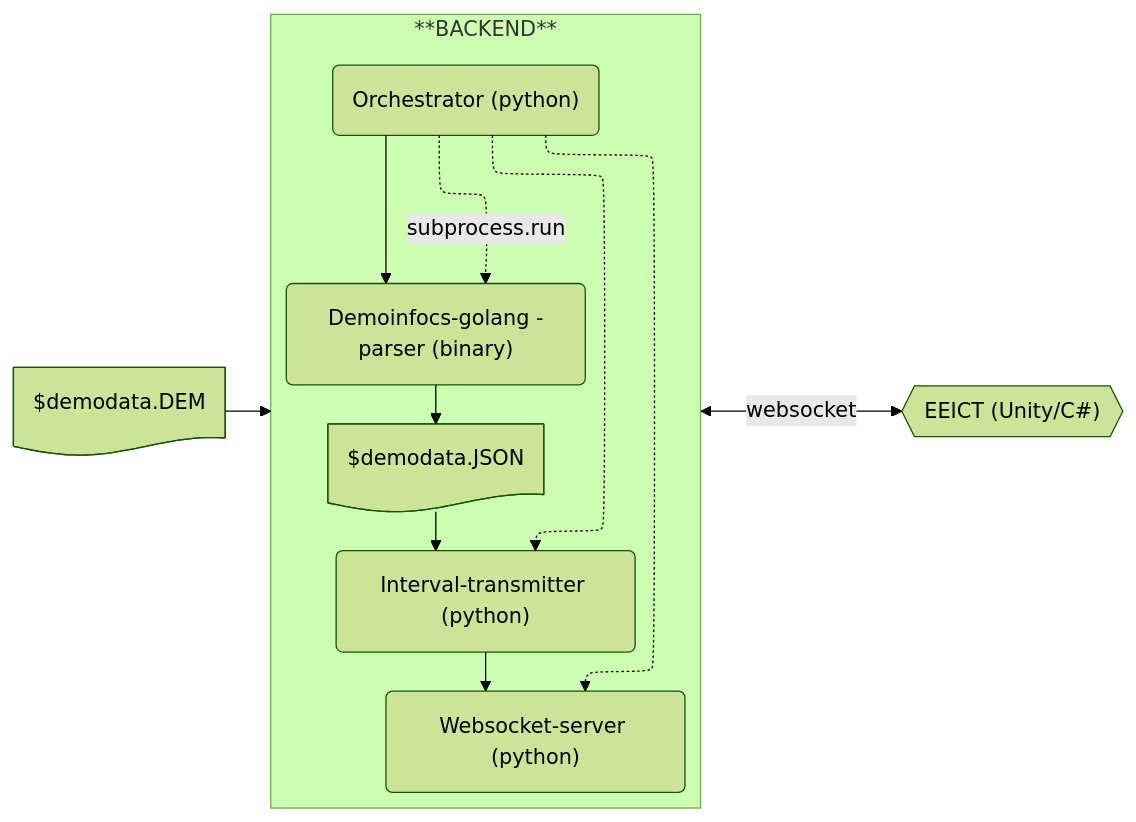
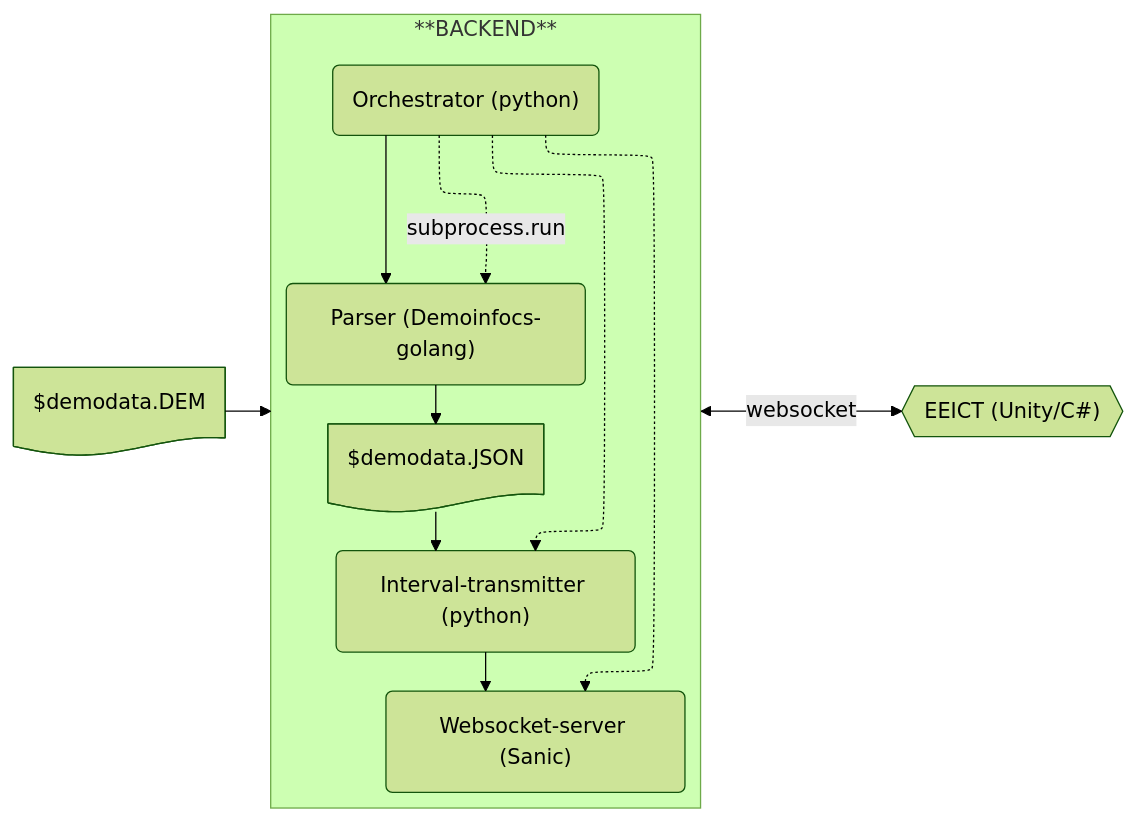
The diagram in tekninen_suunnittelu/backend/cs2-demodata_to_eeict.md (ohtuprojekti-Elisa/suunnitteludokumentaatio), drawn with Mermaid (forest theme) before and after one commit. The commit also changed other lines of this file, not shown here.

````diff
--- a/tekninen_suunnittelu/backend/cs2-demodata_to_eeict.md
+++ b/tekninen_suunnittelu/backend/cs2-demodata_to_eeict.md
@@ -6,29 +6,29 @@
 ```mermaid
 
 %%{init: {"flowchart": {"defaultRenderer": "elk"}} }%%
 
 flowchart LR
 
     A@{ shape: doc, label: "$demodata.DEM"}
     A --> bck
 
     subgraph bck [**BACKEND**]
         orch("Orchestrator (python)")
         orch -."subprocess.run".-> B
         orch --> B
         orch -.-> D
         orch -.-> E
         direction TB
-        B("Demoinfocs-golang -parser (binary)")
+        B("Parser (Demoinfocs-golang)")
         B --> C
         C@{ shape: doc, label: "$demodata.JSON"}
         C --> D
         D("Interval-transmitter (python)") 
         D --> E
     end
 
-    E("Websocket-server (python)")
+    E("Websocket-server (Sanic)")
     bck <--"websocket"--> F
     F{{"EEICT (Unity/C#)"}}
     
 ```
````
